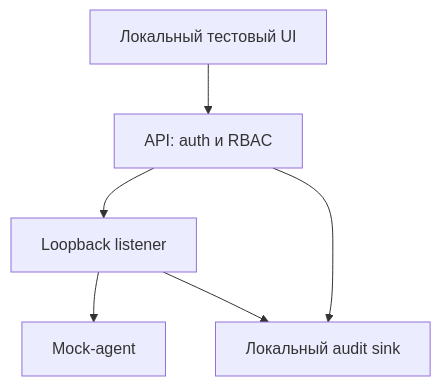
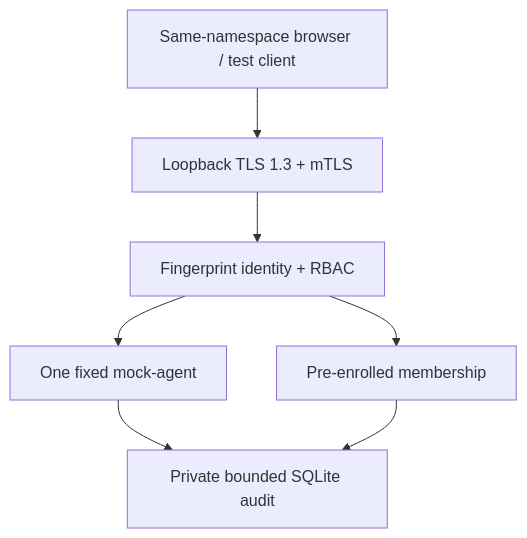
The diagram in ARCHITECTURE.md (mejustbox-byte/modular-c2-framework), drawn with Mermaid before and after one commit. The commit also changed other lines of this file and 14 other files, not shown here.

````diff
--- a/ARCHITECTURE.md
+++ b/ARCHITECTURE.md
@@ -12,8 +5,9 @@
 ```mermaid
 flowchart TD
-    UI["Локальный тестовый UI"] --> API["API: auth и RBAC"]
-    API --> LISTENER["Loopback listener"]
-    LISTENER --> MOCK["Mock-agent"]
-    API --> AUDIT["Локальный audit sink"]
-    LISTENER --> AUDIT
+    Client["Same-namespace browser / test client"] --> TLS["Loopback TLS 1.3 + mTLS"]
+    TLS --> API["Fingerprint identity + RBAC"]
+    API --> Mock["One fixed mock-agent"]
+    API --> Membership["Pre-enrolled membership"]
+    Mock --> Audit["Private bounded SQLite audit"]
+    Membership --> Audit
 ```
````
